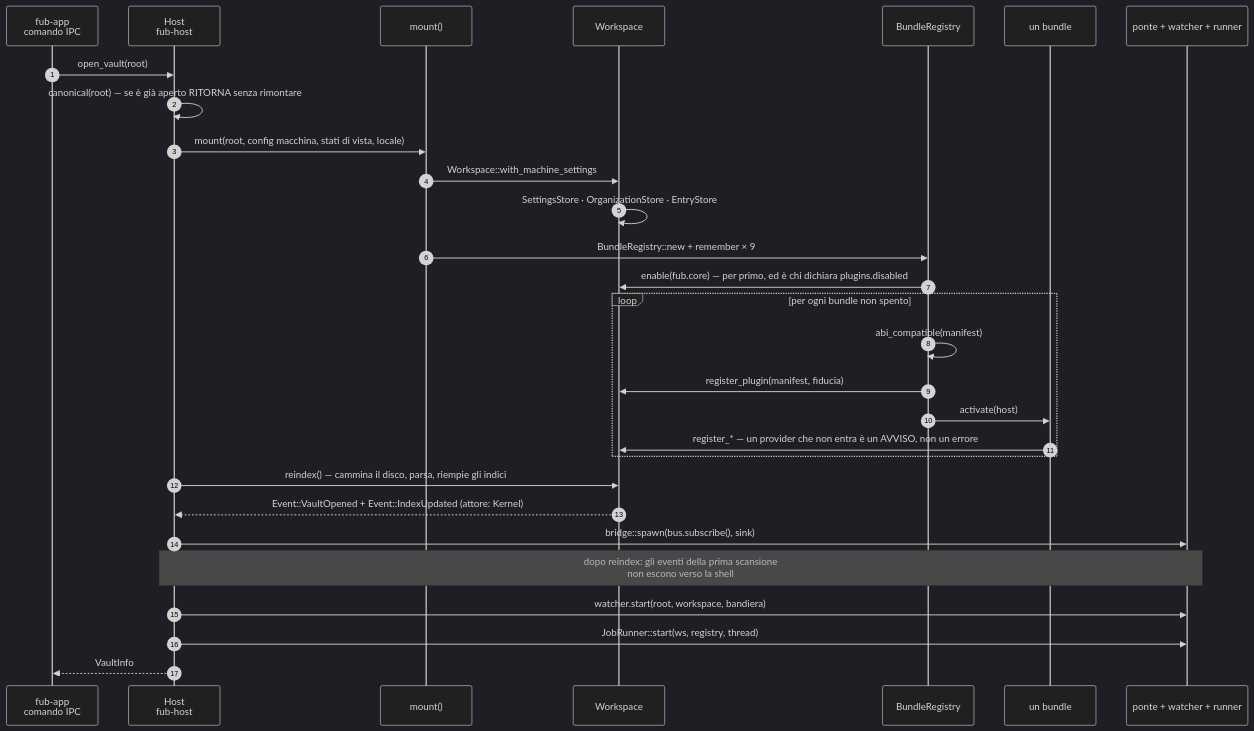
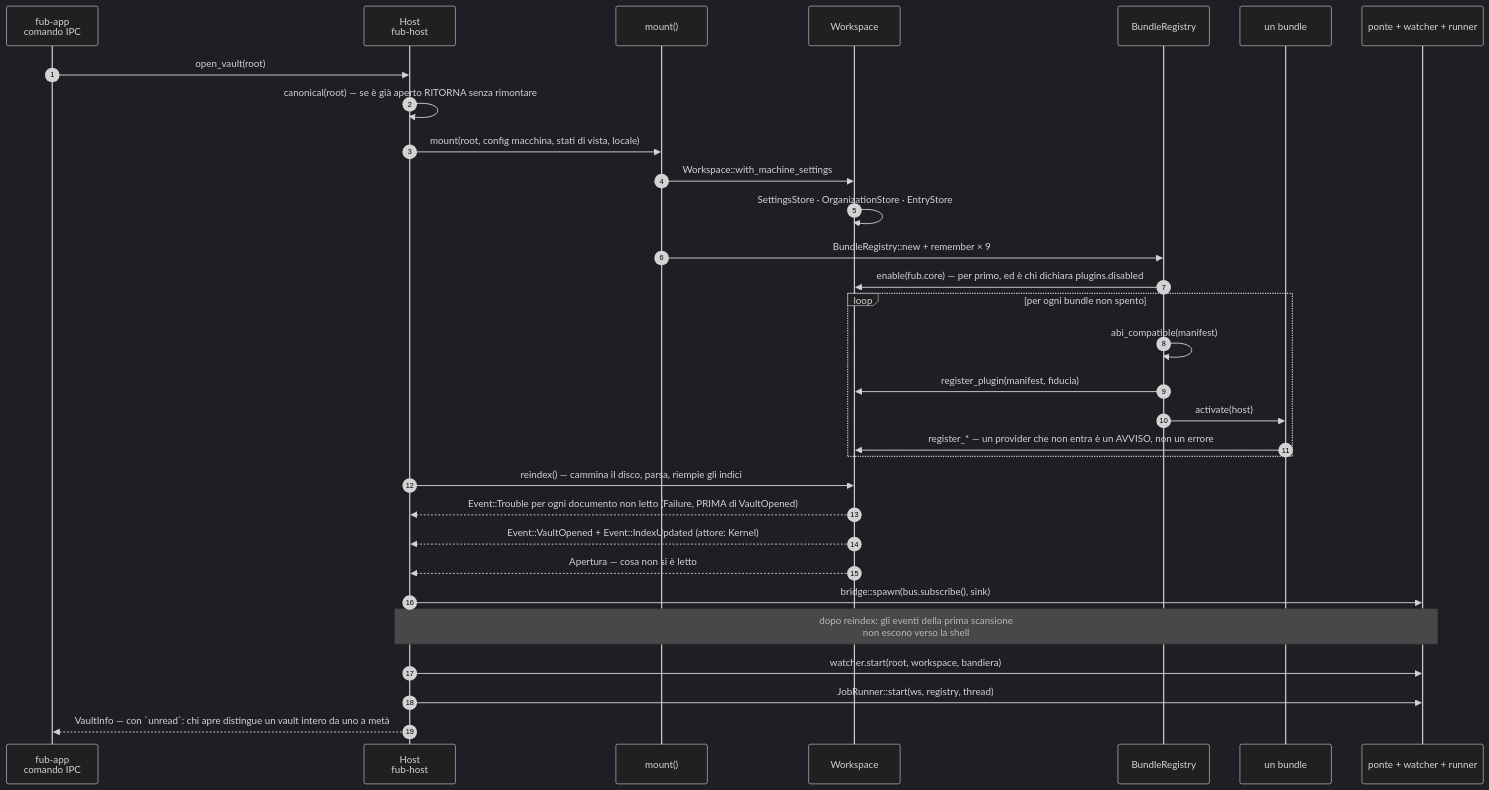
One commit to Fubeo/Fub changed the fourth of 5 diagrams in docs/architecture/plugin-boundary.md. Above: the diagram before and after it, drawn with Mermaid (dark theme). The commit also changed other lines of this file and 19 other files, not shown here.

````diff
--- a/docs/architecture/plugin-boundary.md
+++ b/docs/architecture/plugin-boundary.md
@@ -858,32 +858,34 @@
 ```mermaid
 sequenceDiagram
     autonumber
     participant A as fub-app<br/>comando IPC
     participant H as Host<br/>fub-host
     participant M as mount()
     participant W as Workspace
     participant R as BundleRegistry
     participant Pl as un bundle
     participant Br as ponte + watcher + runner
 
     A->>H: open_vault(root)
     H->>H: canonical(root) — se è già aperto RITORNA senza rimontare
     H->>M: mount(root, config macchina, stati di vista, locale)
     M->>W: Workspace::with_machine_settings
     W->>W: SettingsStore · OrganizationStore · EntryStore
     M->>R: BundleRegistry::new + remember × 9
     R->>W: enable(fub.core) — per primo, ed è chi dichiara plugins.disabled
     loop per ogni bundle non spento
         R->>R: abi_compatible(manifest)
         R->>W: register_plugin(manifest, fiducia)
         R->>Pl: activate(host)
         Pl->>W: register_* — un provider che non entra è un AVVISO, non un errore
     end
     H->>W: reindex() — cammina il disco, parsa, riempie gli indici
+    W-->>H: Event::Trouble per ogni documento non letto (Failure, PRIMA di VaultOpened)
     W-->>H: Event::VaultOpened + Event::IndexUpdated (attore: Kernel)
+    W-->>H: Apertura — cosa non si è letto
     H->>Br: bridge::spawn(bus.subscribe(), sink)
     Note over H,Br: dopo reindex: gli eventi della prima scansione<br/>non escono verso la shell
     H->>Br: watcher.start(root, workspace, bandiera)
     H->>Br: JobRunner::start(ws, registry, thread)
-    H-->>A: VaultInfo
+    H-->>A: VaultInfo — con `unread`: chi apre distingue un vault intero da uno a metà
 ```
````
